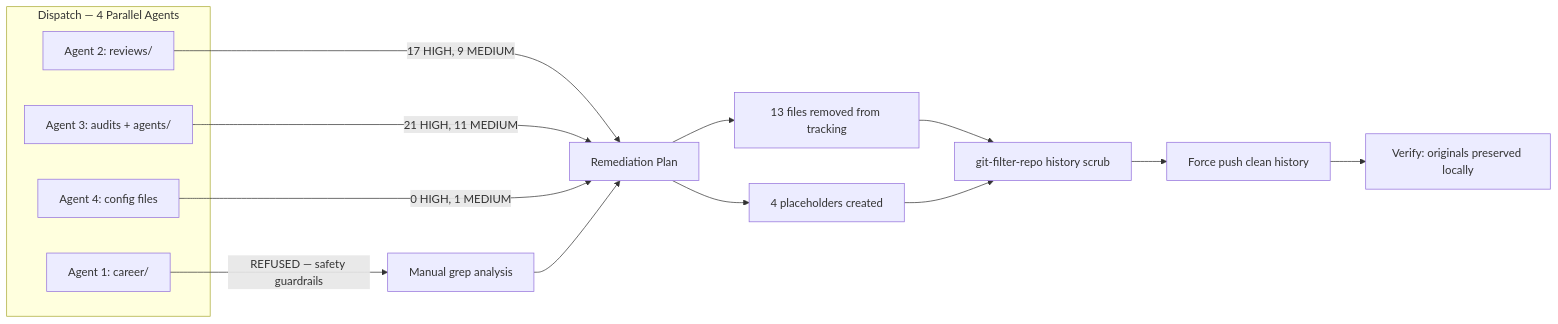
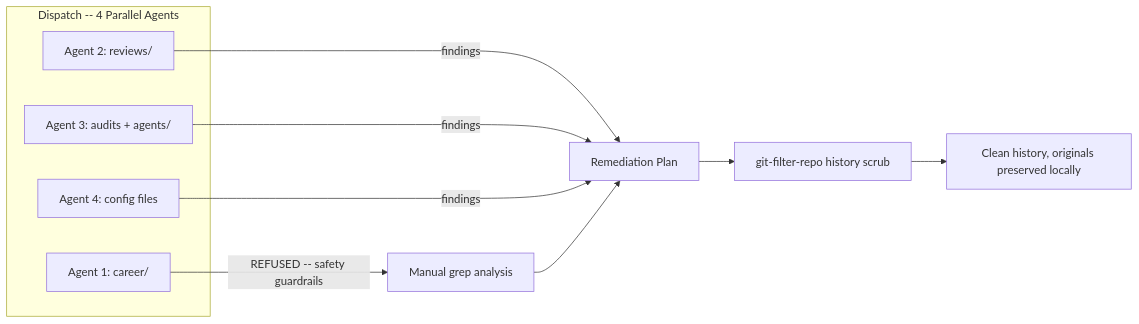
Before and after one commit to danielmeppiel/agentic-sdlc-handbook: the third of 3 diagrams in case-study-growth-engine.qmd, drawn with Mermaid. The commit also changed other lines of this file and 5 other files, not shown here.

````diff
--- a/case-study-growth-engine.qmd
+++ b/case-study-growth-engine.qmd
@@ -186,23 +115,17 @@
 ```{mermaid}
 %%| fig-width: 4.5
 flowchart LR
-    subgraph "Dispatch — 4 Parallel Agents"
+    subgraph "Dispatch -- 4 Parallel Agents"
         A1[Agent 1: career/]
         A2[Agent 2: reviews/]
         A3[Agent 3: audits + agents/]
         A4[Agent 4: config files]
     end
 
-    A1 -->|"REFUSED — safety guardrails"| F1[Manual grep analysis]
-    A2 -->|"17 HIGH, 9 MEDIUM"| R[Remediation Plan]
-    A3 -->|"21 HIGH, 11 MEDIUM"| R
-    A4 -->|"0 HIGH, 1 MEDIUM"| R
+    A1 -->|"REFUSED -- safety guardrails"| F1[Manual grep analysis]
+    A2 & A3 & A4 -->|findings| R[Remediation Plan]
 
     F1 --> R
-
-    R --> D[13 files removed from tracking]
-    R --> P[4 placeholders created]
-    D & P --> G[git-filter-repo history scrub]
-    G --> FP[Force push clean history]
-    FP --> V[Verify: originals preserved locally]
+    R --> G[git-filter-repo history scrub]
+    G --> V[Clean history, originals preserved locally]
 ```
````
